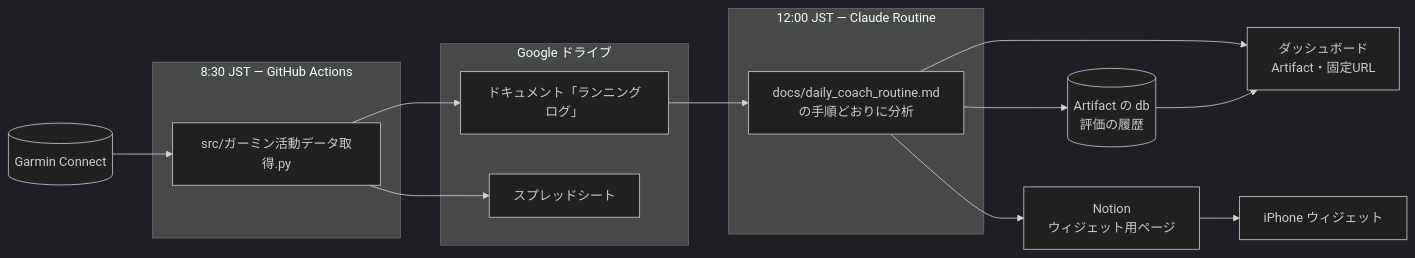
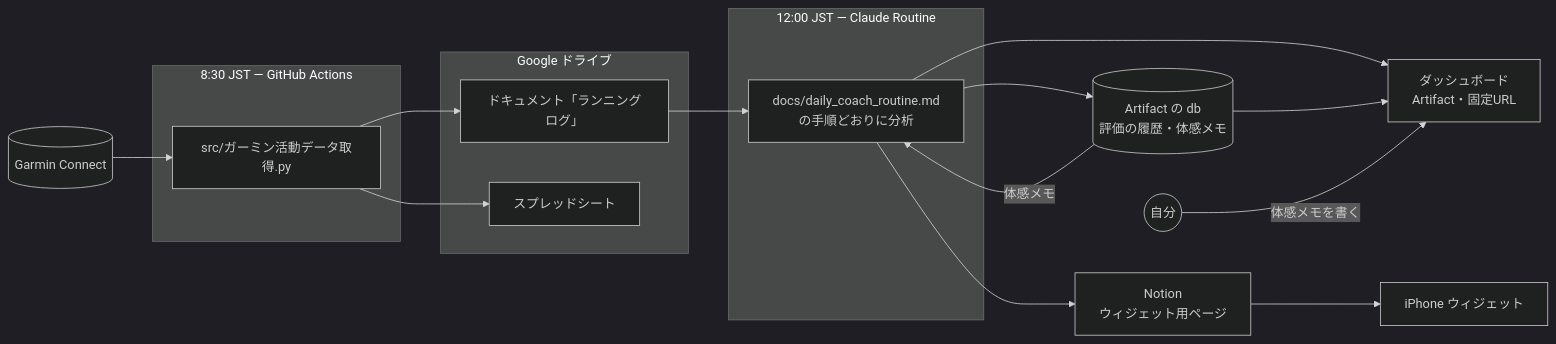
The diagram in README.md (tonpe3141-ctrl/garmin-to-notion), drawn with Mermaid (dark theme) before and after one commit. The commit also changed other lines of this file and 13 other files, not shown here.

````diff
--- a/README.md
+++ b/README.md
@@ -11,24 +11,27 @@
 ```mermaid
 graph LR
     Garmin[(Garmin Connect)]
     subgraph "8:30 JST — GitHub Actions"
         Sync[src/ガーミン活動データ取得.py]
     end
     subgraph "Google ドライブ"
         Doc[ドキュメント「ランニングログ」]
         Sheet[スプレッドシート]
     end
     subgraph "12:00 JST — Claude Routine"
         Coach[docs/daily_coach_routine.md<br>の手順どおりに分析]
     end
     Dash[ダッシュボード<br>Artifact・固定URL]
-    DB[(Artifact の db<br>評価の履歴)]
+    DB[(Artifact の db<br>評価の履歴・体感メモ)]
+    Me((自分))
     NotionPage[Notion<br>ウィジェット用ページ]
     Widget[iPhone ウィジェット]
 
     Garmin --> Sync --> Doc & Sheet
     Doc --> Coach
     Coach --> Dash & DB & NotionPage
     DB --> Dash
+    DB -->|体感メモ| Coach
+    Me -->|体感メモを書く| Dash
     NotionPage --> Widget
 ```
````
